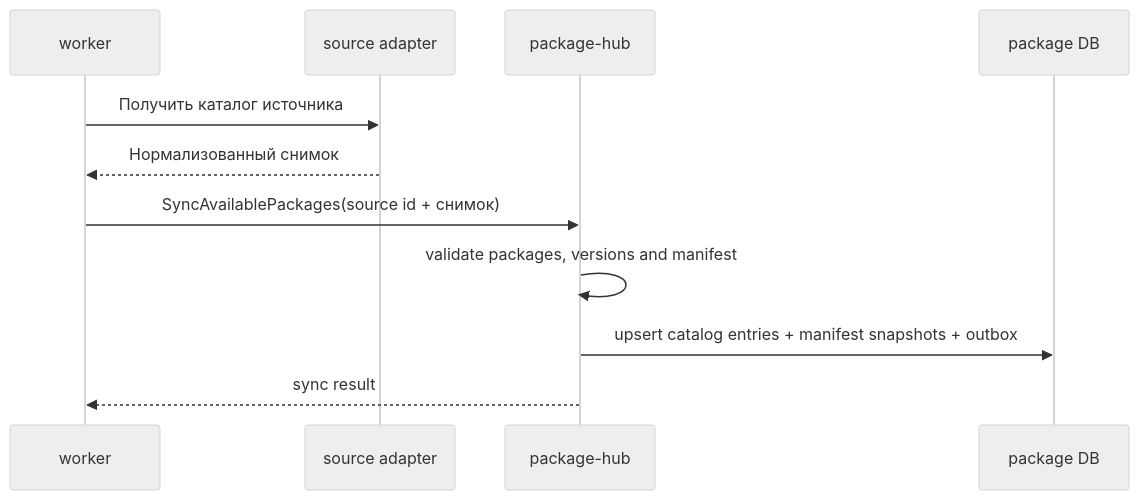
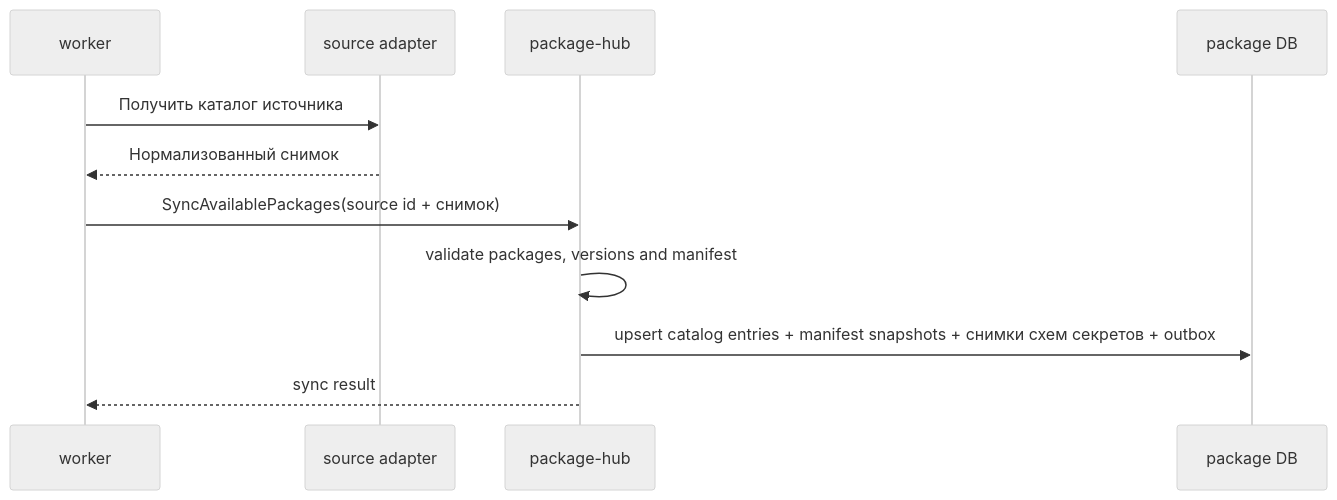
Before and after one commit to codex-k8s/kodex: the second of 5 diagrams in docs/domains/package-platform/architecture/design.md, drawn with Mermaid (neutral theme). The commit also changed other lines of this file and 20 other files, not shown here.

Commit message:
Implement package secret schema reads

````diff
--- a/docs/domains/package-platform/architecture/design.md
+++ b/docs/domains/package-platform/architecture/design.md
@@ -89,13 +89,13 @@
 ```mermaid
 sequenceDiagram
   participant W as worker
   participant A as source adapter
   participant P as package-hub
   participant DB as package DB
   W->>A: Получить каталог источника
   A-->>W: Нормализованный снимок
   W->>P: SyncAvailablePackages(source id + снимок)
   P->>P: validate packages, versions and manifest
-  P->>DB: upsert catalog entries + manifest snapshots + outbox
+  P->>DB: upsert catalog entries + manifest snapshots + снимки схем секретов + outbox
   P-->>W: sync result
 ```
````
